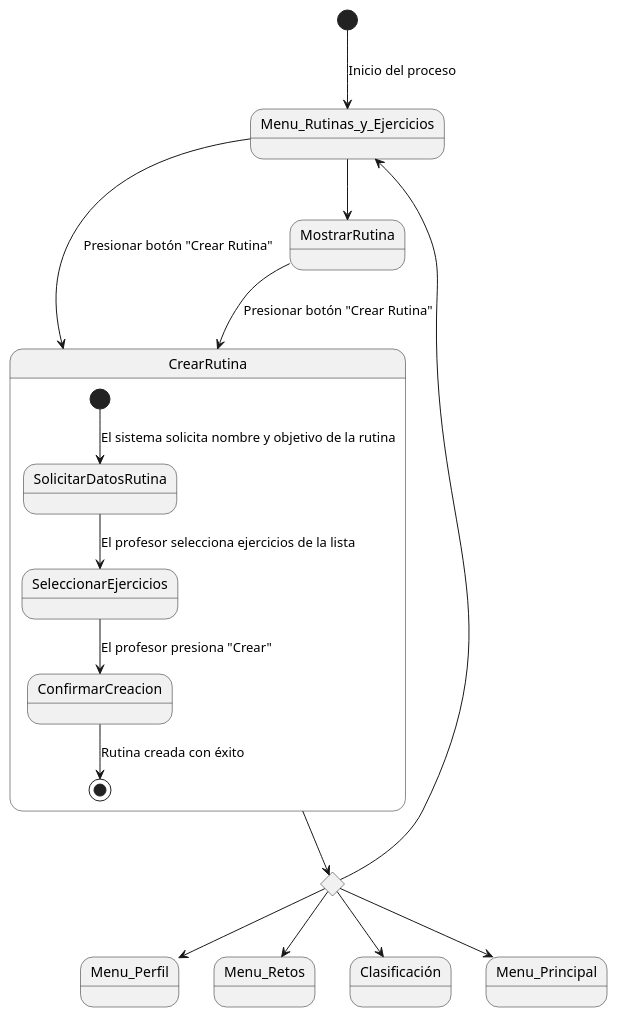
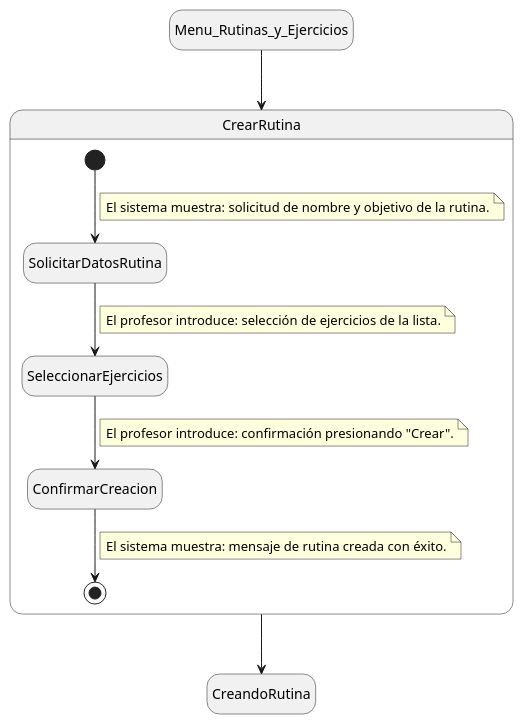
Before and after one commit to mmasias/24-25-IdSw1-SDR: the diagram in Documentos/DetallarCasosDeUso/Profesor/CrearRutina.puml, drawn with PlantUML. The commit also changed 1 other file, not shown here.

Commit message:
Crear Rutina

```diff
--- a/Documentos/DetallarCasosDeUso/Profesor/CrearRutina.puml
+++ b/Documentos/DetallarCasosDeUso/Profesor/CrearRutina.puml
@@ -1,21 +1,32 @@
-@startuml
-[*] --> Menu_Rutinas_y_Ejercicios : Inicio del proceso
-state rombo <<choice>>
-rombo --> Menu_Perfil
-rombo --> Menu_Retos
-rombo --> Clasificación
-rombo --> Menu_Rutinas_y_Ejercicios
-rombo --> Menu_Principal
+@startuml CrearRutina
 
-Menu_Rutinas_y_Ejercicios --> CrearRutina : Presionar botón "Crear Rutina"
-Menu_Rutinas_y_Ejercicios --> MostrarRutina
-MostrarRutina --> CrearRutina: Presionar botón "Crear Rutina"
-CrearRutina --> rombo
+hide empty description
 
+state Menu_Rutinas_y_Ejercicios
+state CreandoRutina
 state CrearRutina {
-  [*] -->SolicitarDatosRutina : El sistema solicita nombre y objetivo de la rutina
-  SolicitarDatosRutina --> SeleccionarEjercicios : El profesor selecciona ejercicios de la lista
-  SeleccionarEjercicios --> ConfirmarCreacion : El profesor presiona "Crear"
-  ConfirmarCreacion --> [*] : Rutina creada con éxito
+  [*] --> SolicitarDatosRutina
+  note on link
+      El sistema muestra: solicitud de nombre y objetivo de la rutina.
+  end note
+
+  SolicitarDatosRutina --> SeleccionarEjercicios
+  note on link
+      El profesor introduce: selección de ejercicios de la lista.
+  end note
+
+  SeleccionarEjercicios --> ConfirmarCreacion
+  note on link
+      El profesor introduce: confirmación presionando "Crear".
+  end note
+
+  ConfirmarCreacion --> [*]
+  note on link
+      El sistema muestra: mensaje de rutina creada con éxito.
+  end note
 }
+
+Menu_Rutinas_y_Ejercicios --> CrearRutina
+CrearRutina --> CreandoRutina
+
 @enduml
```
